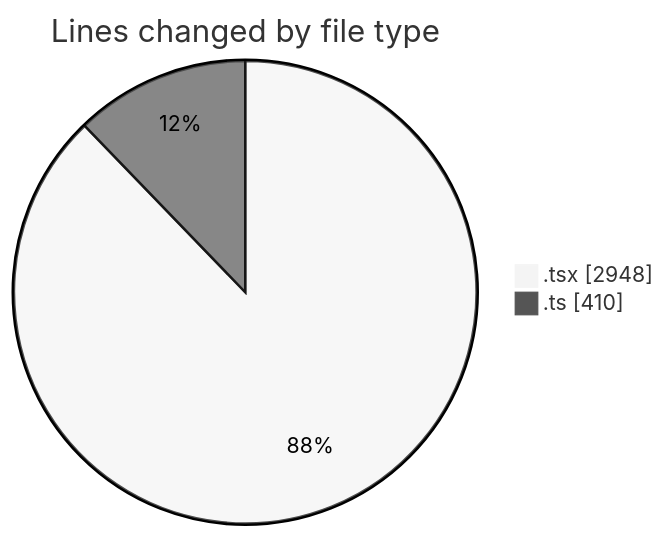
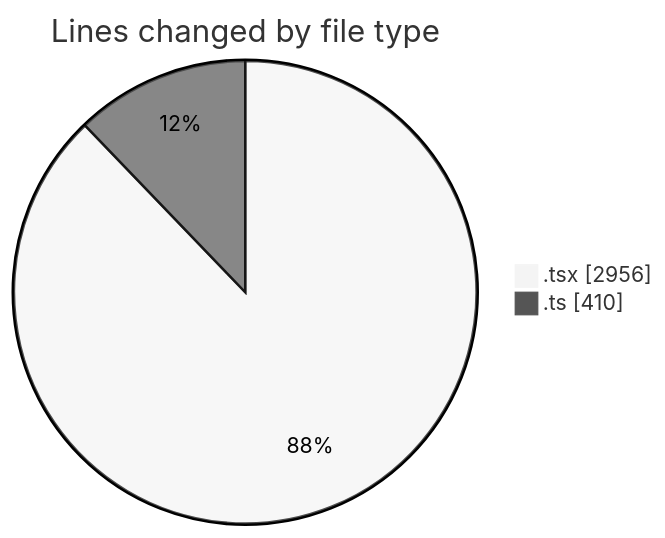
Before and after one commit to robertbonfada/code-tracking: the first of 2 diagrams in 2025-03-07/mbc-web/README.md, drawn with Mermaid (neutral theme). The commit also changed other lines of this file and 1 other file, not shown here.

````diff
--- a/2025-03-07/mbc-web/README.md
+++ b/2025-03-07/mbc-web/README.md
@@ -29,6 +30,6 @@
 ```mermaid
 pie showData
 title Lines changed by file type
-".tsx" : 2948
+".tsx" : 2956
 ".ts" : 410
 ```
````
